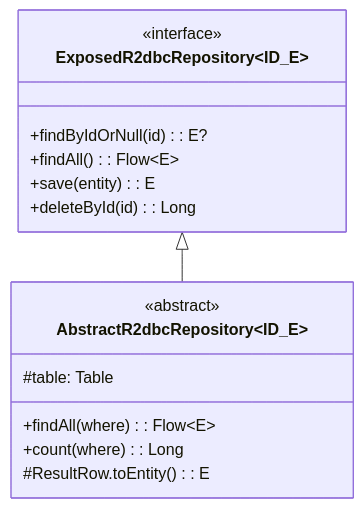
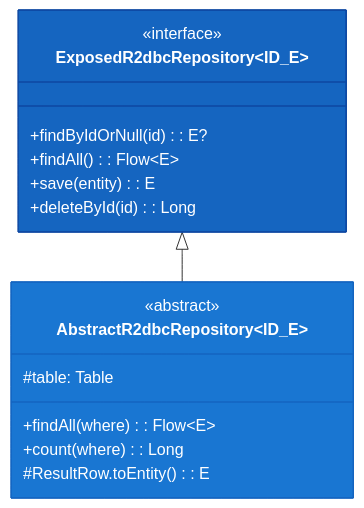
The first of 4 diagrams in data/exposed-r2dbc/README.ko.md (bluetape4k/bluetape4k-projects), drawn with Mermaid before and after one commit. The commit also changed other lines of this file and 221 other files, not shown here.

First line of the commit message:
docs: 전체 모듈 README UML 다이어그램 보강 및 색상 업그레이드

````diff
--- a/data/exposed-r2dbc/README.ko.md
+++ b/data/exposed-r2dbc/README.ko.md
@@ -206,20 +206,22 @@
 ```mermaid
 classDiagram
     direction TB
     class ExposedR2dbcRepository~ID_E~ {
         <<interface>>
         +findByIdOrNull(id): E?
         +findAll(): Flow~E~
         +save(entity): E
         +deleteById(id): Long
     }
     class AbstractR2dbcRepository~ID_E~ {
         <<abstract>>
         #table: Table
         +findAll(where): Flow~E~
         +count(where): Long
         #ResultRow.toEntity(): E
     }
     ExposedR2dbcRepository <|-- AbstractR2dbcRepository
 
+    style ExposedR2dbcRepository fill:#1565C0,stroke:#0D47A1,color:#FFFFFF
+    style AbstractR2dbcRepository fill:#1976D2,stroke:#1565C0,color:#FFFFFF
 ```
````
